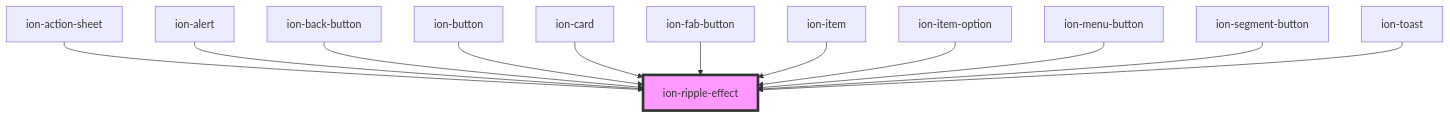
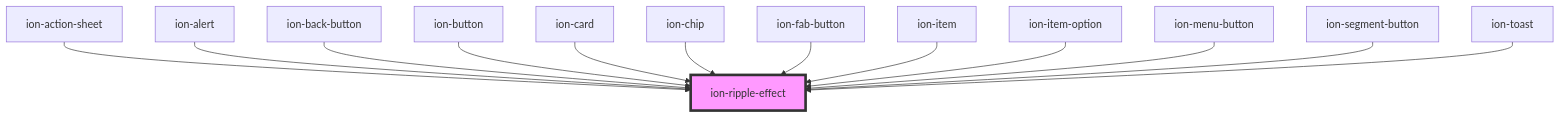
The diagram in core/src/components/ripple-effect/readme.md (MEDGRUPOGIT/ionic-framework-1), drawn with Mermaid before and after one commit. The commit also changed other lines of this file and 43 other files, not shown here.

````diff
--- a/core/src/components/ripple-effect/readme.md
+++ b/core/src/components/ripple-effect/readme.md
@@ -225,15 +226,16 @@
 ```mermaid
 graph TD;
   ion-action-sheet --> ion-ripple-effect
   ion-alert --> ion-ripple-effect
   ion-back-button --> ion-ripple-effect
   ion-button --> ion-ripple-effect
   ion-card --> ion-ripple-effect
+  ion-chip --> ion-ripple-effect
   ion-fab-button --> ion-ripple-effect
   ion-item --> ion-ripple-effect
   ion-item-option --> ion-ripple-effect
   ion-menu-button --> ion-ripple-effect
   ion-segment-button --> ion-ripple-effect
   ion-toast --> ion-ripple-effect
   style ion-ripple-effect fill:#f9f,stroke:#333,stroke-width:4px
 ```
````
